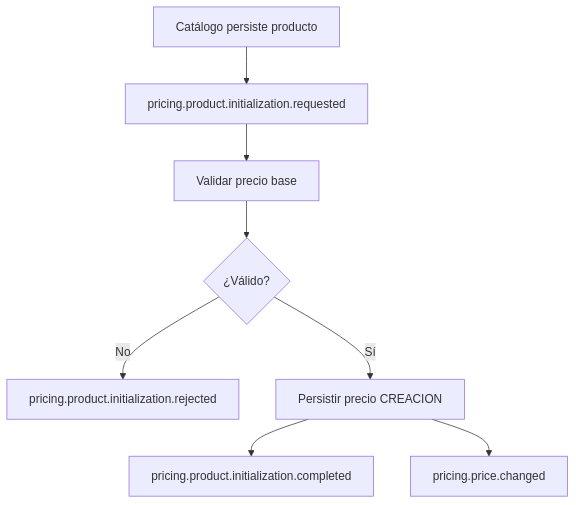
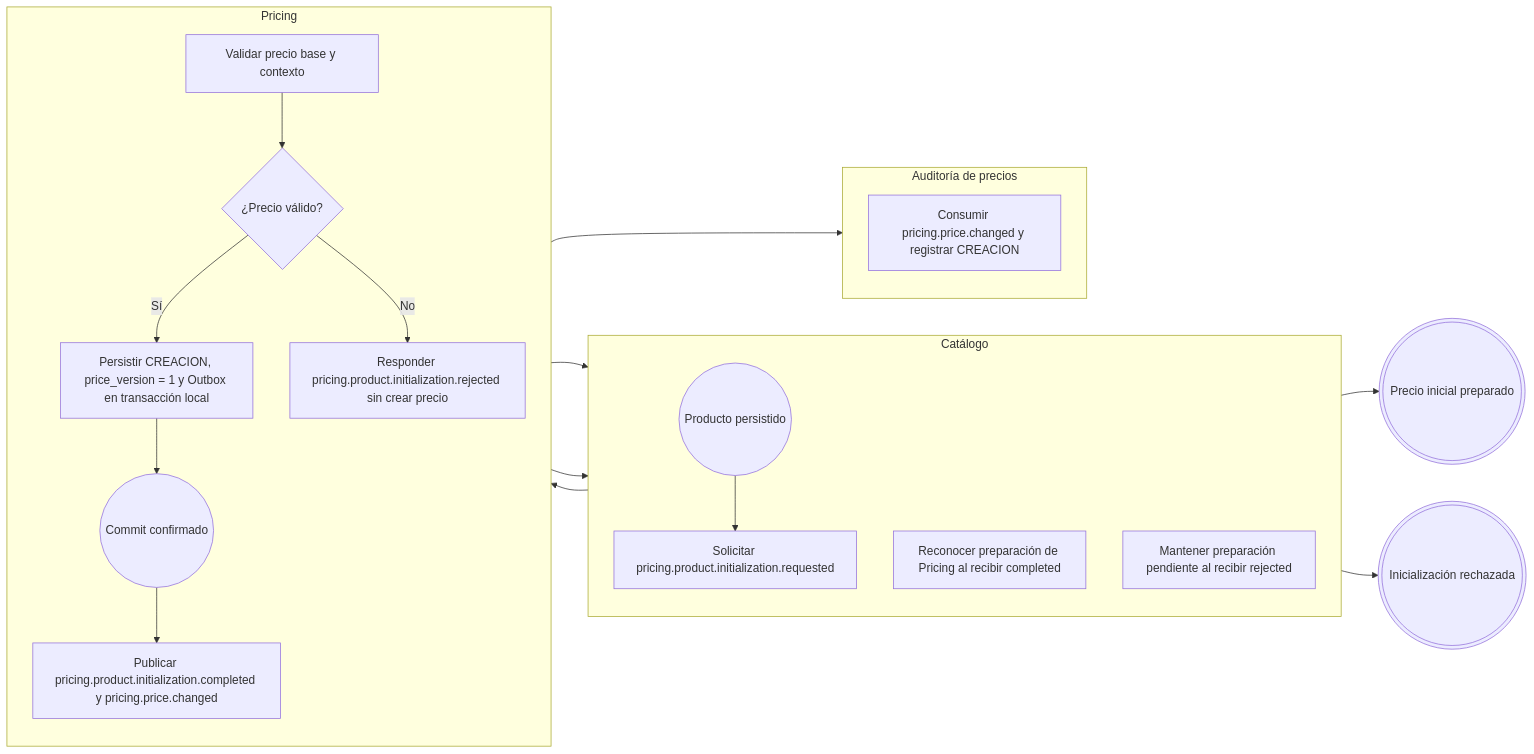
The first of 4 diagrams in flujos/FLOW-013-gestion-precios-individuales-masivos.md (Taller-SW-Web/G6-Productos-Ofertas-docs), drawn with Mermaid before and after one commit. The commit also changed other lines of this file and 1 other file, not shown here.

````diff
--- a/flujos/FLOW-013-gestion-precios-individuales-masivos.md
+++ b/flujos/FLOW-013-gestion-precios-individuales-masivos.md
@@ -6,10 +29,30 @@
 ```mermaid
-flowchart TD
-    A["Catálogo persiste producto"] --> B["pricing.product.initialization.requested"]
-    B --> C["Validar precio base"]
-    C --> D{"¿Válido?"}
-    D -->|No| E["pricing.product.initialization.rejected"]
-    D -->|Sí| F["Persistir precio CREACION"]
-    F --> G["pricing.product.initialization.completed"]
-    F --> H["pricing.price.changed"]
+flowchart LR
+    subgraph CATALOGO["Catálogo"]
+        direction TB
+        I(("Producto persistido"))
+        C1["Solicitar pricing.product.initialization.requested"]
+        C2["Reconocer preparación de Pricing al recibir completed"]
+        C3["Mantener preparación pendiente al recibir rejected"]
+    end
+    subgraph PRICING["Pricing"]
+        direction TB
+        P1["Validar precio base y contexto"]
+        D1{"¿Precio válido?"}
+        P2["Persistir CREACION, price_version = 1 y Outbox en transacción local"]
+        E1(("Commit confirmado"))
+        P3["Publicar pricing.product.initialization.completed y pricing.price.changed"]
+        P4["Responder pricing.product.initialization.rejected sin crear precio"]
+    end
+    subgraph AUDIT["Auditoría de precios"]
+        direction TB
+        A1["Consumir pricing.price.changed y registrar CREACION"]
+    end
+    F1((("Precio inicial preparado")))
+    F2((("Inicialización rechazada")))
+    I --> C1 --> P1 --> D1
+    D1 -->|"Sí"| P2 --> E1 --> P3
+    P3 --> C2 --> F1
+    P3 --> A1
+    D1 -->|"No"| P4 --> C3 --> F2
 ```
````
